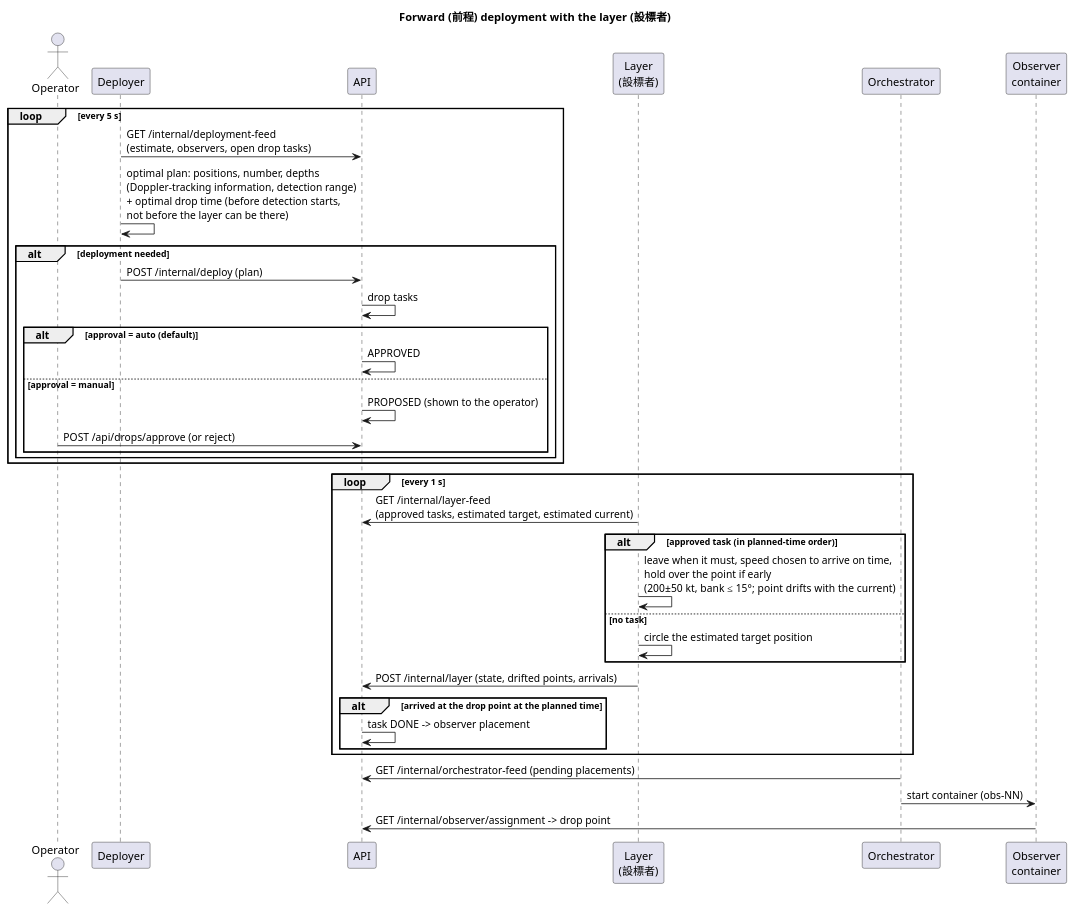
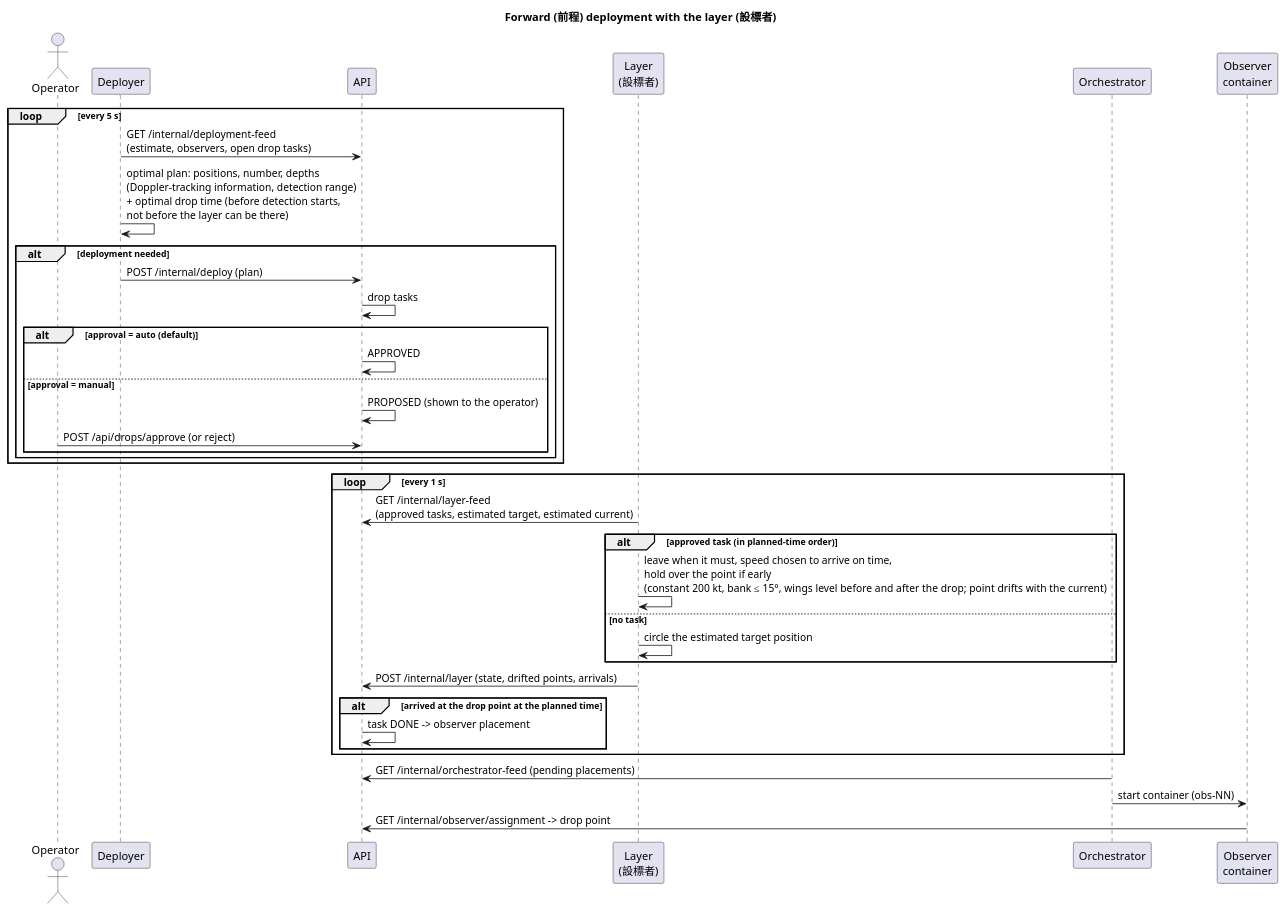
The diagram in docs/uml/forward-deployment.puml (UeEmon/aqua-drift-simulator), drawn with PlantUML before and after one commit. The commit also changed 18 other files, not shown here.

First line of the commit message:
Fly at the reference speed and wings-level around each drop

```diff
--- a/docs/uml/forward-deployment.puml
+++ b/docs/uml/forward-deployment.puml
@@ -1,38 +1,38 @@
 @startuml
 title Forward (前程) deployment with the layer (設標者)
 actor Operator
 participant Deployer
 participant API
 participant "Layer\n(設標者)" as Layer
 participant Orchestrator
 participant "Observer\ncontainer" as Observer
 loop every 5 s
   Deployer -> API : GET /internal/deployment-feed\n(estimate, observers, open drop tasks)
   Deployer -> Deployer : optimal plan: positions, number, depths\n(Doppler-tracking information, detection range)\n+ optimal drop time (before detection starts,\nnot before the layer can be there)
   alt deployment needed
     Deployer -> API : POST /internal/deploy (plan)
     API -> API : drop tasks
     alt approval = auto (default)
       API -> API : APPROVED
     else approval = manual
       API -> API : PROPOSED (shown to the operator)
       Operator -> API : POST /api/drops/approve (or reject)
     end
   end
 end
 loop every 1 s
   Layer -> API : GET /internal/layer-feed\n(approved tasks, estimated target, estimated current)
   alt approved task (in planned-time order)
-    Layer -> Layer : leave when it must, speed chosen to arrive on time,\nhold over the point if early\n(200±50 kt, bank ≤ 15°; point drifts with the current)
+    Layer -> Layer : leave when it must, speed chosen to arrive on time,\nhold over the point if early\n(constant 200 kt, bank ≤ 15°, wings level before and after the drop; point drifts with the current)
   else no task
     Layer -> Layer : circle the estimated target position
   end
   Layer -> API : POST /internal/layer (state, drifted points, arrivals)
   alt arrived at the drop point at the planned time
     API -> API : task DONE -> observer placement
   end
 end
 Orchestrator -> API : GET /internal/orchestrator-feed (pending placements)
 Orchestrator -> Observer : start container (obs-NN)
 Observer -> API : GET /internal/observer/assignment -> drop point
 @enduml
```
